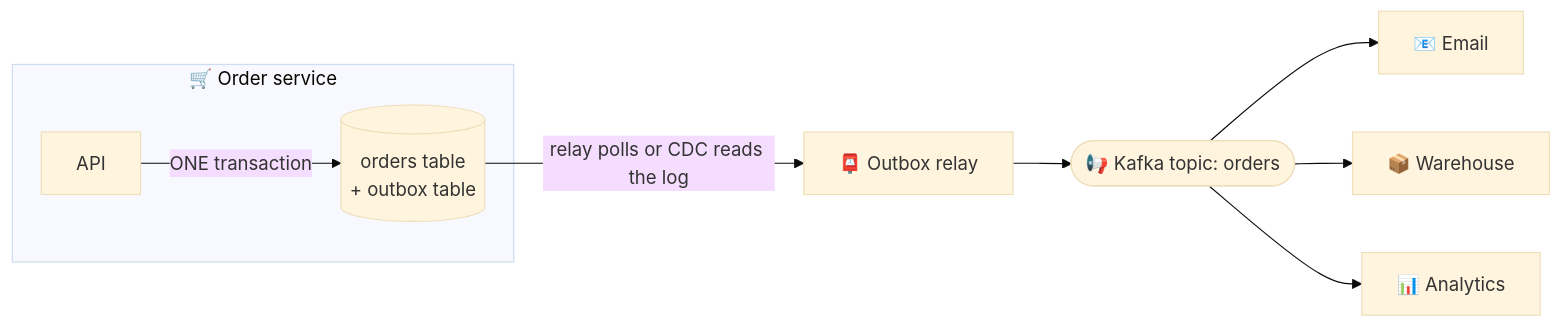
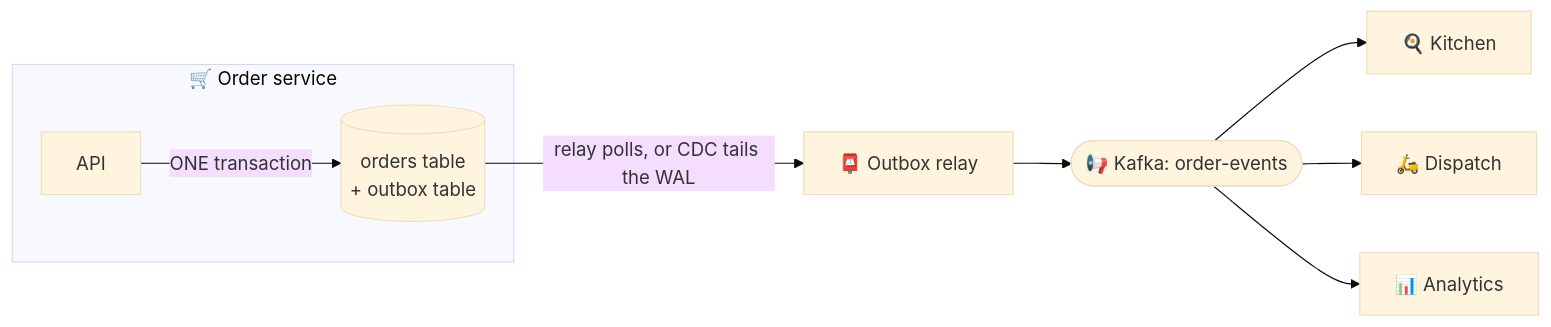
One commit to winnyboy5/System-Design-from-Atoms changed the diagram in phases/07-async-messaging/062-event-driven-and-outbox.md. Above: the diagram before and after it, drawn with Mermaid (base theme). The commit also changed other lines of this file and 6 other files, not shown here.

````diff
--- a/phases/07-async-messaging/062-event-driven-and-outbox.md
+++ b/phases/07-async-messaging/062-event-driven-and-outbox.md
@@ -29,11 +44,11 @@
 ```mermaid
 flowchart LR
     subgraph Svc["🛒 Order service"]
         API["API"] -->|"ONE transaction"| DB[("orders table<br/>+ outbox table")]
     end
-    DB -->|"relay polls or CDC reads the log"| R["📮 Outbox relay"]
-    R --> K(["📢 Kafka topic: orders"])
-    K --> E["📧 Email"]
-    K --> W["📦 Warehouse"]
+    DB -->|"relay polls, or CDC tails the WAL"| R["📮 Outbox relay"]
+    R --> K(["📢 Kafka: order-events"])
+    K --> E["🍳 Kitchen"]
+    K --> W["🛵 Dispatch"]
     K --> A["📊 Analytics"]
 ```
````
